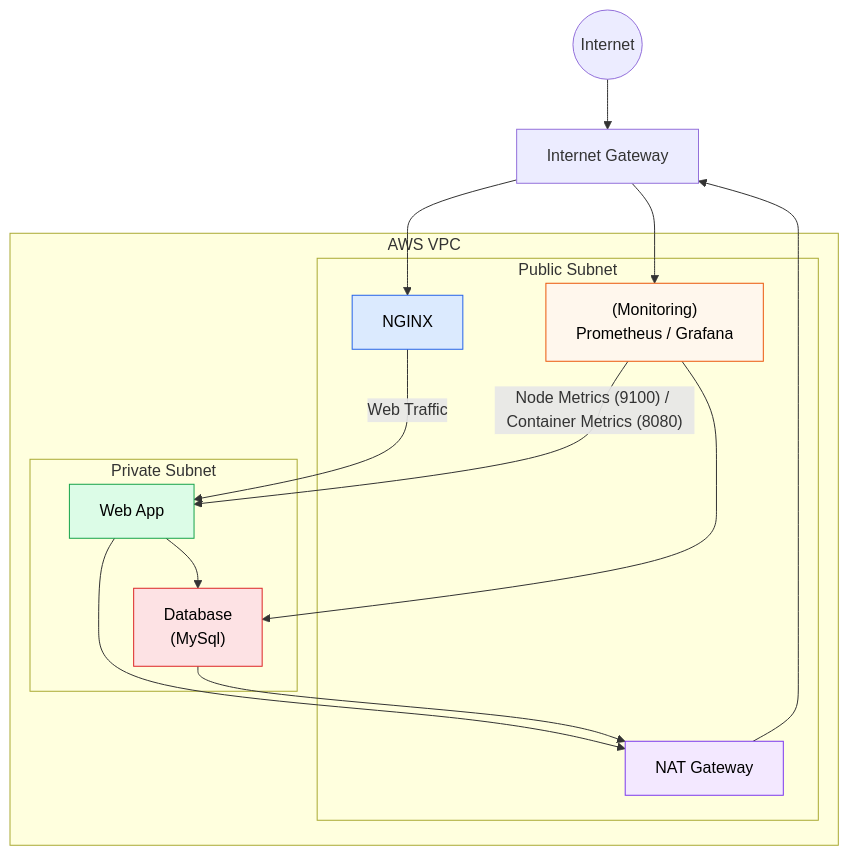
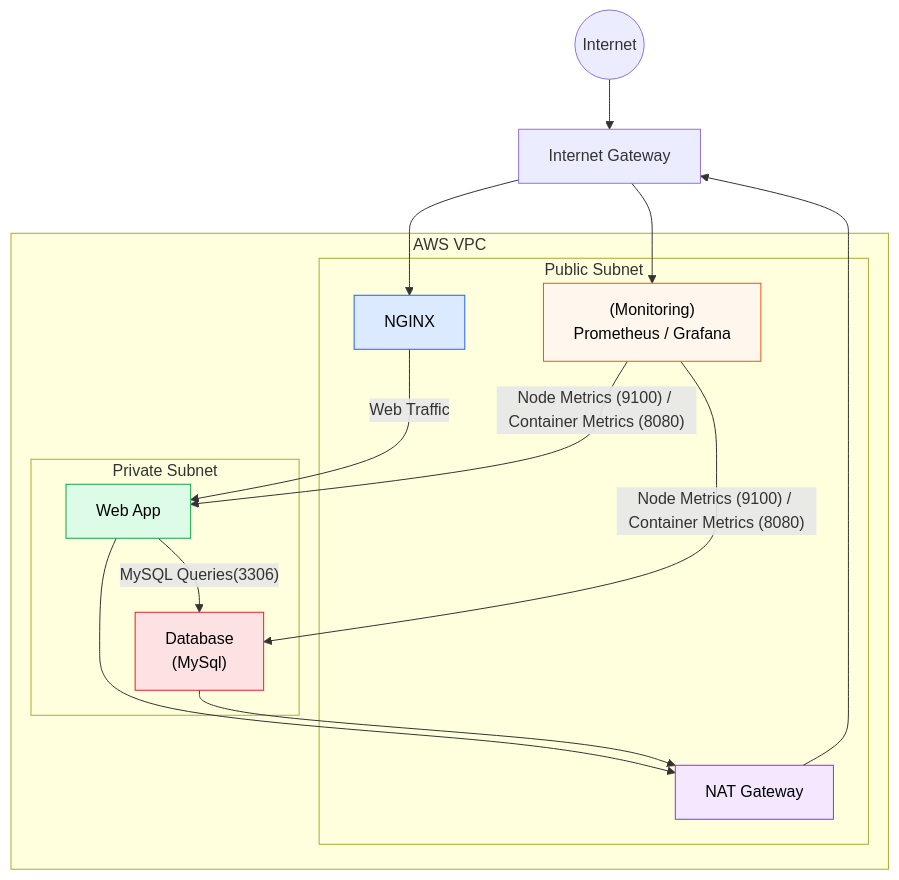
One commit to Jazzar101/learning-terraform-3087701 changed the diagram in README.md. Above: the diagram before and after it, drawn with Mermaid.

Commit message:
Added labels

````diff
--- a/README.md
+++ b/README.md
@@ -6,43 +6,43 @@
 ```mermaid
 flowchart TB
     Internet((Internet))
     IGW[Internet Gateway]
     subgraph VPC[AWS VPC]
         subgraph PublicSubnet[Public Subnet]
             NGINX[NGINX]
             Monitoring["(Monitoring)\nPrometheus / Grafana"]
             NAT[NAT Gateway]
         end
 
         subgraph PrivateSubnet[Private Subnet]
             App[Web App]
             DB["Database\n(MySql)"]
         end
     end
 
     Internet --> IGW
     IGW --> NGINX
     NGINX -->|Web Traffic| App
-    App --> DB
+    App -->|"MySQL Queries(3306)"| DB
     IGW --> Monitoring
 
     Monitoring -->|"Node Metrics (9100) / Container Metrics (8080)"| App
-    Monitoring --> DB
+    Monitoring -->|"Node Metrics (9100) / Container Metrics (8080)"| DB
 
     App --> NAT
     DB --> NAT
     NAT --> IGW
 
     %% Node-only styling (GitHub safe)
     classDef ingress fill:#dbeafe,stroke:#2563eb,color:#000000
     classDef monitoring fill:#fff7ed,stroke:#ea580c,color:#000000
     classDef nat fill:#f3e8ff,stroke:#7c3aed,color:#000000
     classDef app fill:#dcfce7,stroke:#16a34a,color:#000000
     classDef db fill:#fde2e4,stroke:#dc2626,color:#000000
 
     class NGINX ingress
     class Monitoring monitoring
     class NAT nat
     class App app
     class DB db
 ```
````
